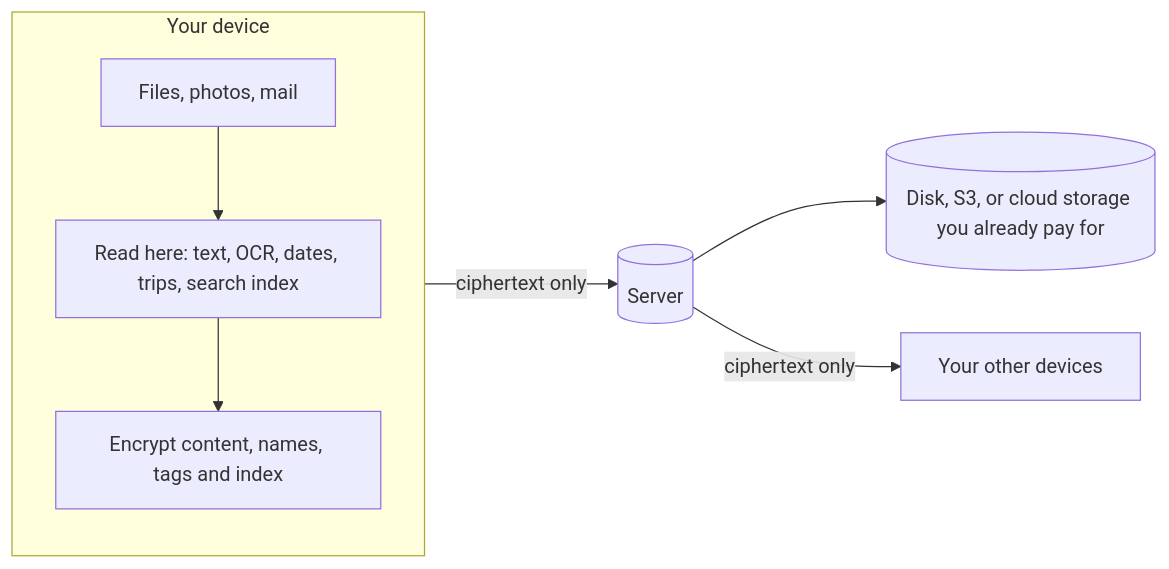
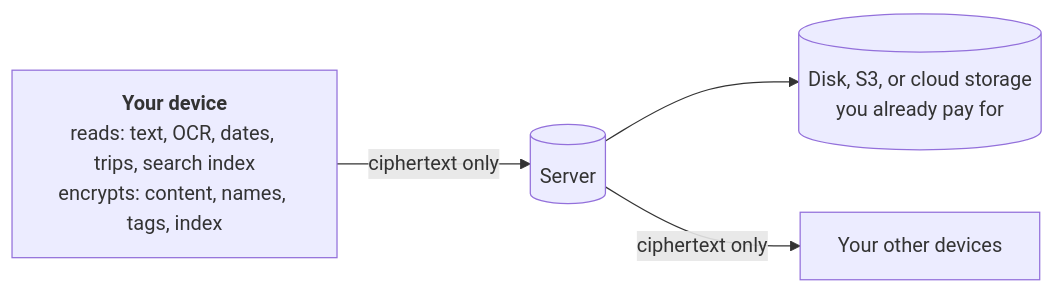
Before and after one commit to harsharahul/engramer-store: the first of 2 diagrams in README.md, drawn with Mermaid.

Commit message:
docs: a narrower privacy diagram, so no part of it sits under the viewer's controls
Designed by Harsha Rahul

````diff
--- a/README.md
+++ b/README.md
@@ -56,11 +56,7 @@
 ```mermaid
 flowchart LR
-  subgraph device["Your device"]
-    direction TB
-    files["Files, photos, mail"] --> read["Read here: text, OCR, dates, trips, search index"]
-    read --> seal["Encrypt content, names, tags and index"]
-  end
-  seal -- "ciphertext only" --> server[("Server")]
-  server --> store[("Disk, S3, or cloud storage you already pay for")]
+  device["<b>Your device</b><br/>reads: text, OCR, dates, trips, search index<br/>encrypts: content, names, tags, index"]
+  device -- "ciphertext only" --> server[("Server")]
+  server --> store[("Disk, S3, or cloud storage<br/>you already pay for")]
   server -- "ciphertext only" --> other["Your other devices"]
 ```
````
